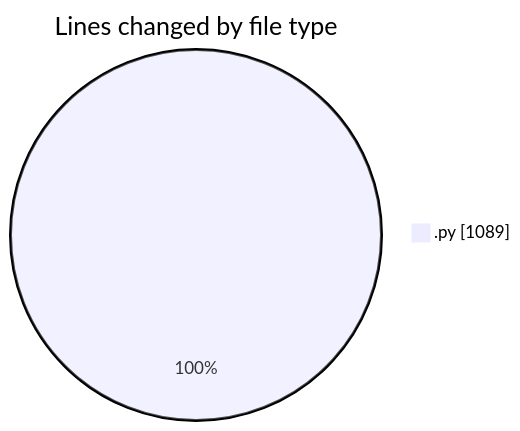
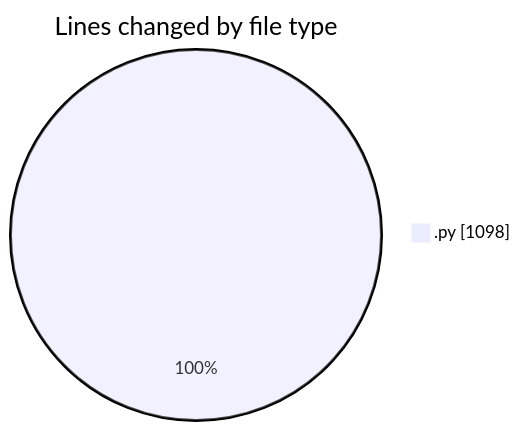
One commit to FelipKnott/code-tracking changed the first of 2 diagrams in 2025-07-02/cursor/README.md. Above: the diagram before and after it, drawn with Mermaid. The commit also changed other lines of this file and 1 other file, not shown here.

````diff
--- a/2025-07-02/cursor/README.md
+++ b/2025-07-02/cursor/README.md
@@ -23,5 +23,5 @@
 ```mermaid
 pie showData
 title Lines changed by file type
-".py" : 1089
+".py" : 1098
 ```
````
